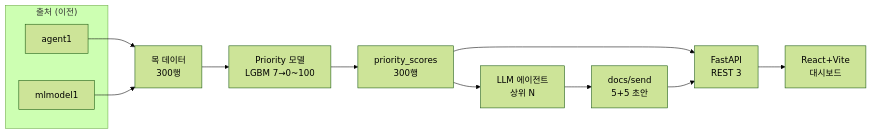
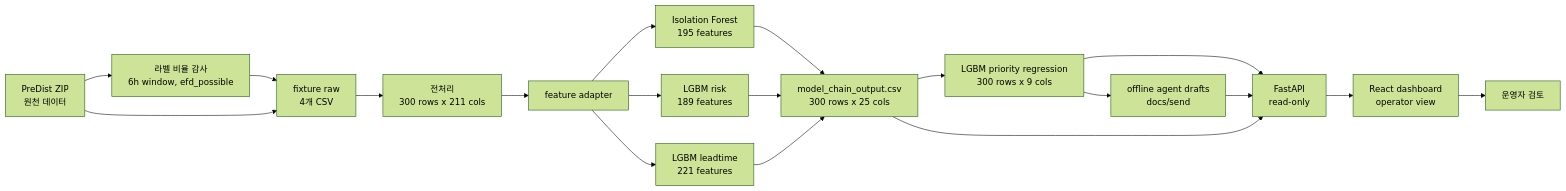
The first of 2 diagrams in docs/report/proto/README.md (jiyang-lee/Heat_Grid_Agent), drawn with Mermaid (forest theme) before and after one commit. The commit also changed other lines of this file and 13 other files, not shown here.

````diff
--- a/docs/report/proto/README.md
+++ b/docs/report/proto/README.md
@@ -10,12 +9,21 @@
 ```mermaid
 flowchart LR
-  subgraph SRC["출처 (이전)"]
-    A1["agent1"]
-    M1["mlmodel1"]
-  end
-  A1 --> MOCK
-  M1 --> MOCK
-  MOCK["목 데이터<br/>300행"] --> PR["Priority 모델<br/>LGBM 7→0~100"] --> PS["priority_scores<br/>300행"] --> AG["LLM 에이전트<br/>상위 N"] --> DOCS["docs/send<br/>5+5 초안"]
-  PS --> API["FastAPI<br/>REST 3"]
-  DOCS --> API --> FE["React+Vite<br/>대시보드"]
+  ZIP["PreDist ZIP<br/>원천 데이터"] --> AUDIT["라벨 비율 감사<br/>6h window, efd_possible"]
+  ZIP --> RAW["fixture raw<br/>4개 CSV"]
+  AUDIT --> RAW
+  RAW --> PRE["전처리<br/>300 rows x 211 cols"]
+  PRE --> ADAPT["feature adapter"]
+  ADAPT --> IF["Isolation Forest<br/>195 features"]
+  ADAPT --> RISK["LGBM risk<br/>189 features"]
+  ADAPT --> LEAD["LGBM leadtime<br/>221 features"]
+  IF --> CHAIN["model_chain_output.csv<br/>300 rows x 25 cols"]
+  RISK --> CHAIN
+  LEAD --> CHAIN
+  CHAIN --> PRIORITY["LGBM priority regression<br/>300 rows x 9 cols"]
+  PRIORITY --> API["FastAPI<br/>read-only"]
+  CHAIN --> API
+  API --> FE["React dashboard<br/>operator view"]
+  PRIORITY --> AGENT["offline agent drafts<br/>docs/send"]
+  AGENT --> API
+  FE --> REVIEW["운영자 검토"]
 ```
````
